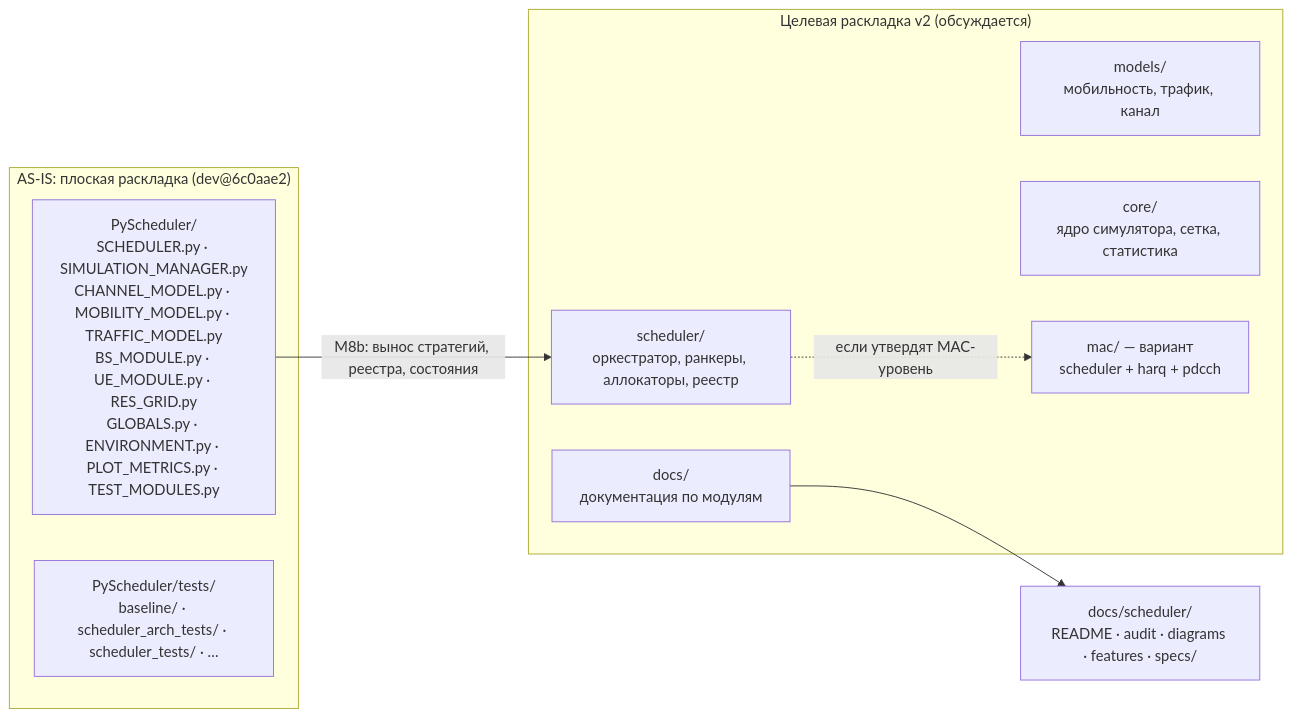
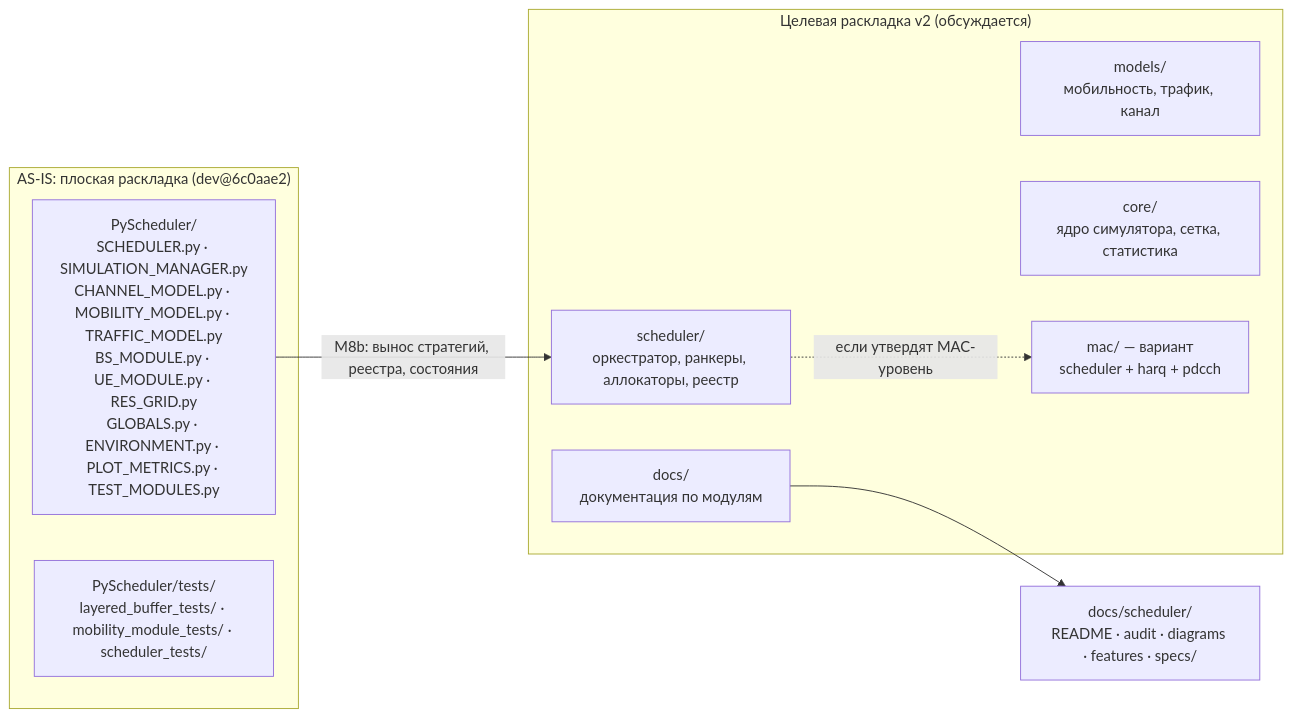
Diagram 12 of 12 in docs/scheduler/diagrams.md (sherokiddo/project_py_scheduler), drawn with Mermaid before and after one commit. The commit also changed other lines of this file and 3 other files, not shown here.

````diff
--- a/docs/scheduler/diagrams.md
+++ b/docs/scheduler/diagrams.md
@@ -407,17 +407,17 @@
 ```mermaid
 flowchart LR
     subgraph FLAT["AS-IS: плоская раскладка (dev@6c0aae2)"]
         P["PyScheduler/<br/>SCHEDULER.py · SIMULATION_MANAGER.py<br/>CHANNEL_MODEL.py · MOBILITY_MODEL.py · TRAFFIC_MODEL.py<br/>BS_MODULE.py · UE_MODULE.py · RES_GRID.py<br/>GLOBALS.py · ENVIRONMENT.py · PLOT_METRICS.py · TEST_MODULES.py"]
-        T["PyScheduler/tests/<br/>baseline/ · scheduler_arch_tests/ · scheduler_tests/ · …"]
+        T["PyScheduler/tests/<br/>layered_buffer_tests/ · mobility_module_tests/ · scheduler_tests/"]
     end
     subgraph V2["Целевая раскладка v2 (обсуждается)"]
         MM["models/<br/>мобильность, трафик, канал"]
         CC["core/<br/>ядро симулятора, сетка, статистика"]
         SS["scheduler/<br/>оркестратор, ранкеры, аллокаторы, реестр"]
         MC["mac/ — вариант<br/>scheduler + harq + pdcch"]
         DD["docs/<br/>документация по модулям"]
     end
     P -->|"M8b: вынос стратегий, реестра, состояния"| SS
     SS -.->|"если утвердят MAC-уровень"| MC
     DD --> DS["docs/scheduler/<br/>README · audit · diagrams · features · specs/"]
 ```
````
